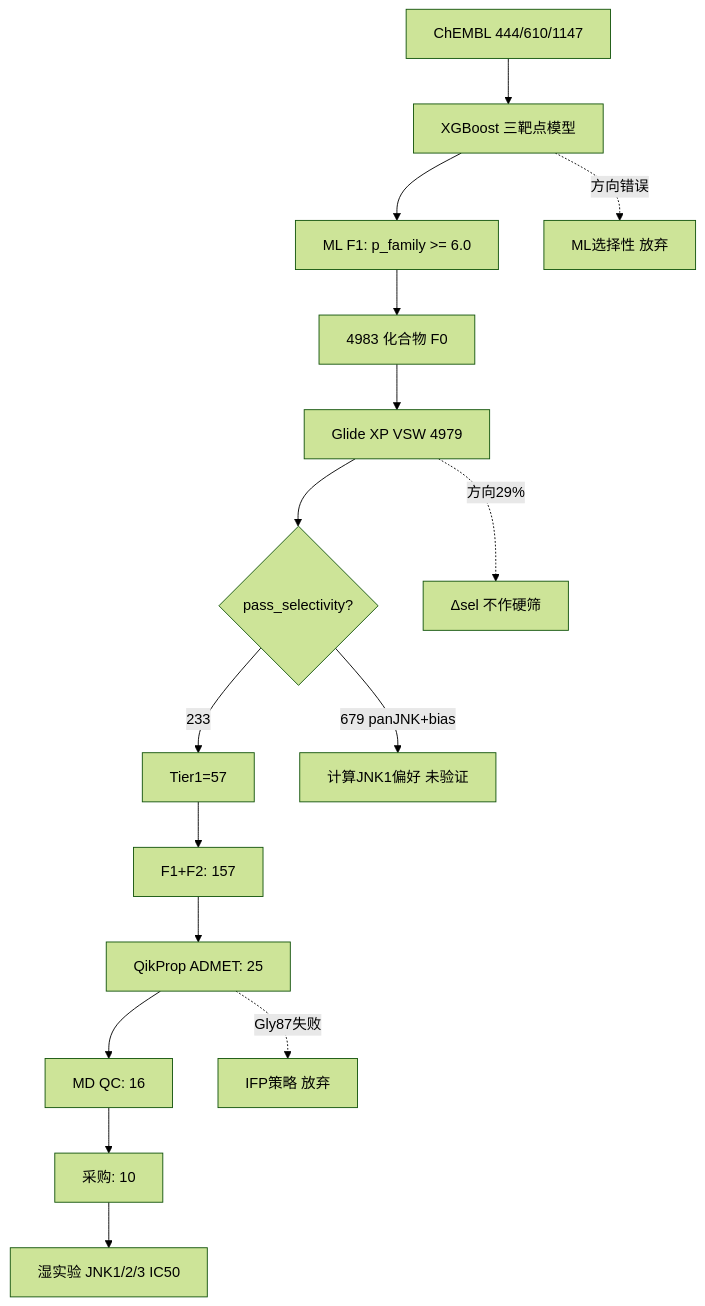
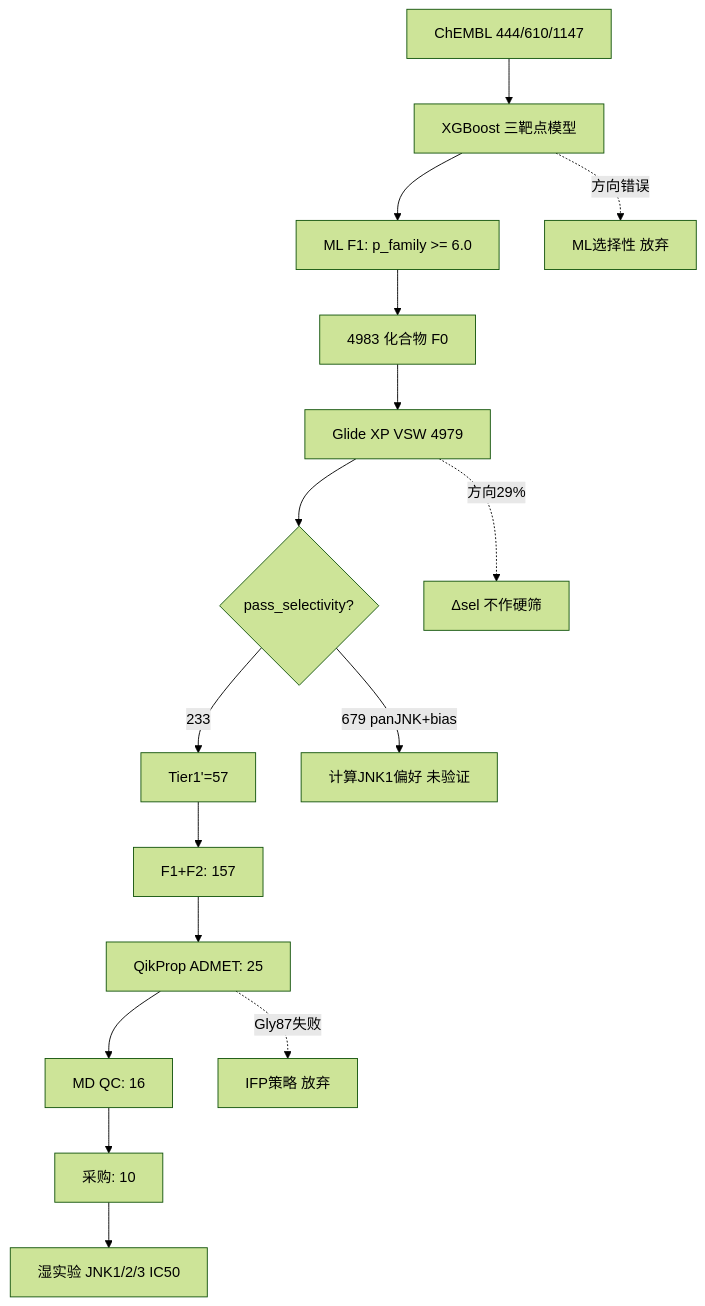
One commit to 1280602962-debug/gwj260531 changed the diagram in JNK1_Selectivity_Project/docs/JNK1_PROJECT_REPORT.md. Above: the diagram before and after it, drawn with Mermaid (forest theme). The commit also changed other lines of this file and 1 other file, not shown here.

First line of the commit message:
Clarify Q3: Tier 1' without pass_consistency, single-PDB VSW rationale (v2.5)

````diff
--- a/JNK1_Selectivity_Project/docs/JNK1_PROJECT_REPORT.md
+++ b/JNK1_Selectivity_Project/docs/JNK1_PROJECT_REPORT.md
@@ -927,19 +939,19 @@
 ```mermaid
 flowchart TD
     A[ChEMBL 444/610/1147] --> B[XGBoost 三靶点模型]
     B --> C[ML F1: p_family >= 6.0]
     C --> D[4983 化合物 F0]
     D --> E[Glide XP VSW 4979]
     E --> F{pass_selectivity?}
-    F -->|233| G[Tier1=57]
+    F -->|233| G[Tier1'=57]
     F -->|679 panJNK+bias| H[计算JNK1偏好 未验证]
     G --> I[F1+F2: 157]
     I --> J[QikProp ADMET: 25]
     J --> K[MD QC: 16]
     K --> L[采购: 10]
     L --> M[湿实验 JNK1/2/3 IC50]
     
     B -.->|方向错误| X1[ML选择性 放弃]
     E -.->|方向29%| X2[Δsel 不作硬筛]
     J -.->|Gly87失败| X3[IFP策略 放弃]
 ```
````
